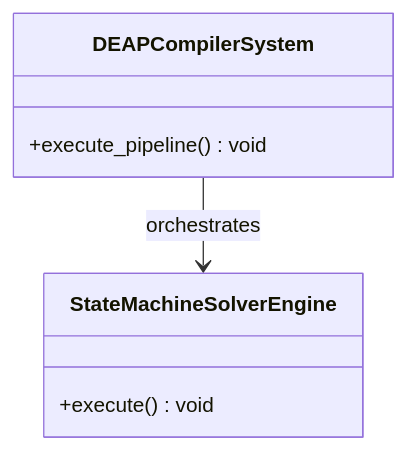
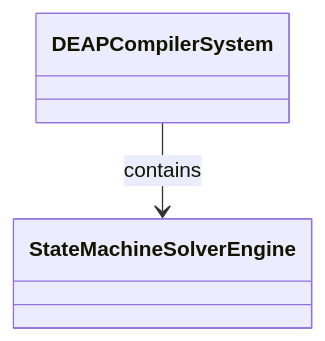
One commit to gintatkinson/dumpiler-01 changed the first of 2 diagrams in docs/epics/EPIC-08-Subsystem_6_Spatio_Temporal_State_Solvers.md. Above: the diagram before and after it, drawn with Mermaid. The commit also changed other lines of this file and 101 other files, not shown here.

````diff
--- a/docs/epics/EPIC-08-Subsystem_6_Spatio_Temporal_State_Solvers.md
+++ b/docs/epics/EPIC-08-Subsystem_6_Spatio_Temporal_State_Solvers.md
@@ -51,10 +66,6 @@
 ```mermaid
 classDiagram
-    class DEAPCompilerSystem {
-        +execute_pipeline() void
-    }
-    class StateMachineSolverEngine {
-        +execute() void
-    }
-    DEAPCompilerSystem --> StateMachineSolverEngine : orchestrates
+    class DEAPCompilerSystem
+    class StateMachineSolverEngine
+    DEAPCompilerSystem --> StateMachineSolverEngine : contains
 ```
````
